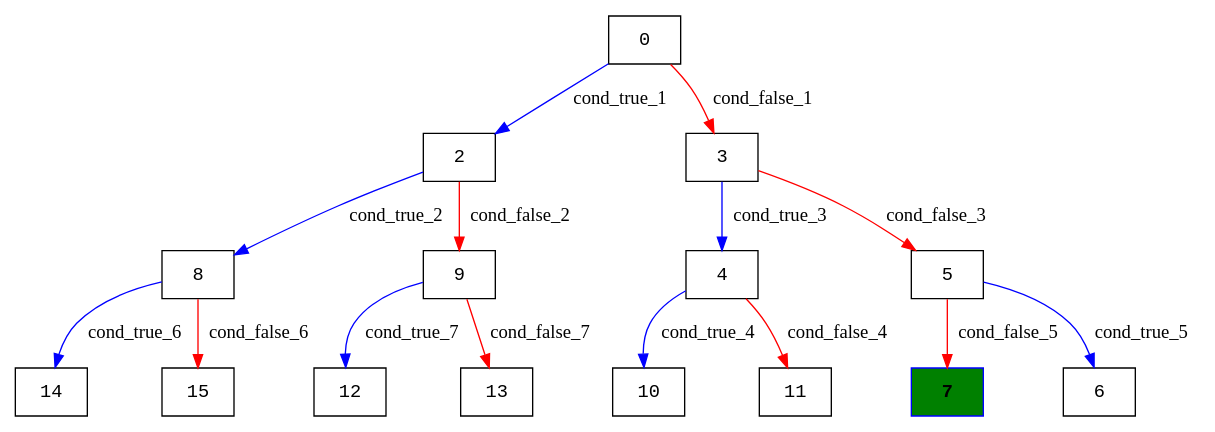
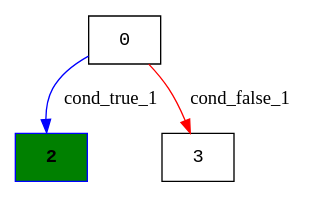
One commit to Research-Tools-PAVT/PSE-Program-Examples changed the diagram in klee_results/freivalds_int_all_processed/freivalds_int_all_execution_tree.dot. Above: the diagram before and after it, drawn with Graphviz. The commit also changed 324 other files, not shown here.

```diff
--- a/klee_results/freivalds_int_all_processed/freivalds_int_all_execution_tree.dot
+++ b/klee_results/freivalds_int_all_processed/freivalds_int_all_execution_tree.dot
@@ -1,18 +1,6 @@
 digraph ExecutionTree {
 	node [color=black fontname=Courier height=.5 shape=record]
-	7 [color=blue, fillcolor=green, style=filled, fontcolor=black, fontname="Courier-Bold"]
+	2 [color=blue, fillcolor=green, style=filled, fontcolor=black, fontname="Courier-Bold"]
 	0 -> 2 [label=cond_true_1 color=blue]
 	0 -> 3 [label=cond_false_1 color=red]
-	2 -> 8 [label=cond_true_2 color=blue]
-	2 -> 9 [label=cond_false_2 color=red]
-	3 -> 4 [label=cond_true_3 color=blue]
-	3 -> 5 [label=cond_false_3 color=red]
-	8 -> 14 [label=cond_true_6 color=blue]
-	8 -> 15 [label=cond_false_6 color=red]
-	9 -> 12 [label=cond_true_7 color=blue]
-	9 -> 13 [label=cond_false_7 color=red]
-	4 -> 10 [label=cond_true_4 color=blue]
-	4 -> 11 [label=cond_false_4 color=red]
-	5 -> 6 [label=cond_true_5 color=blue]
-	5 -> 7 [label=cond_false_5 color=red]
 }
```
